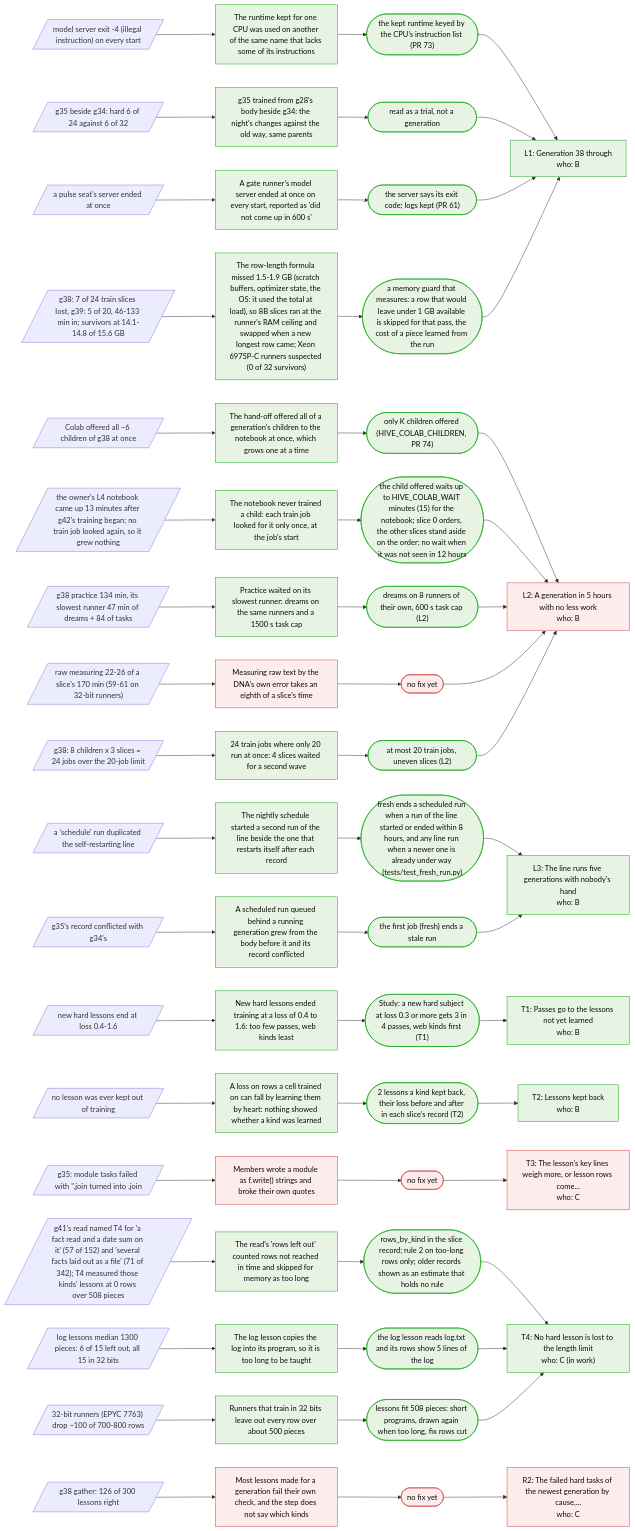
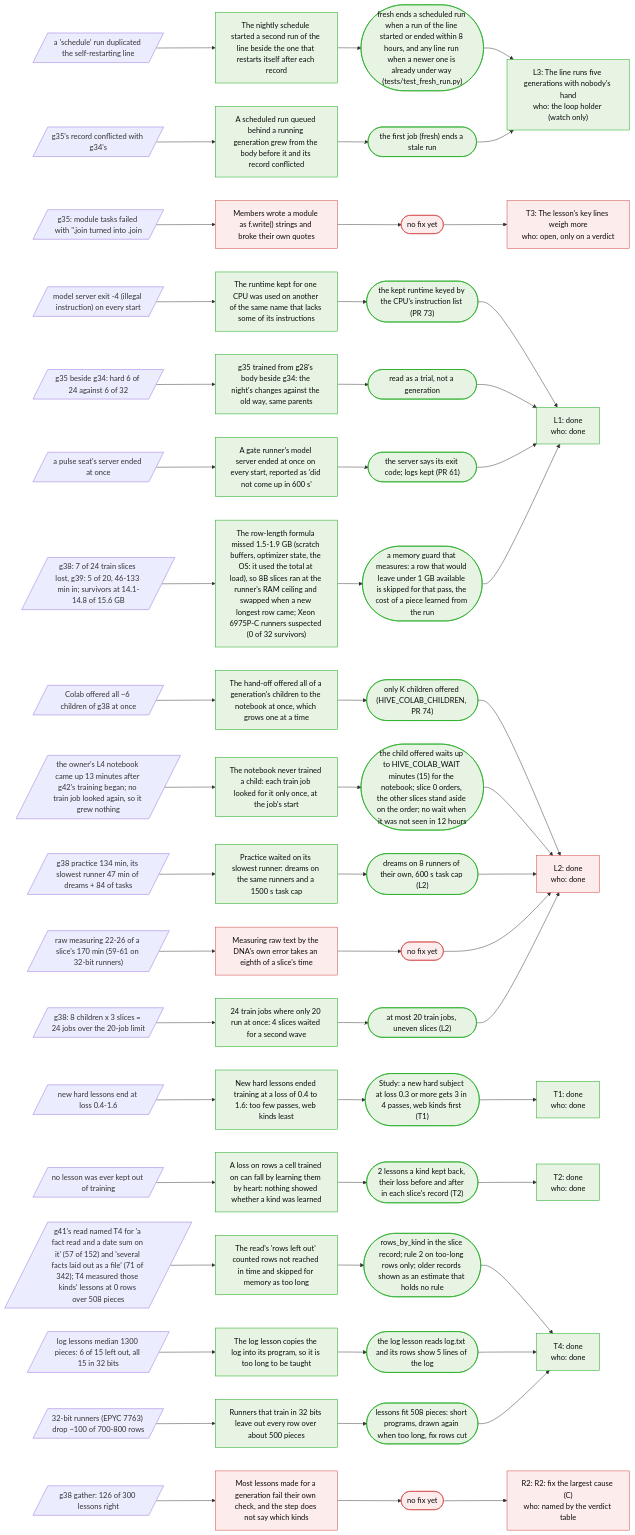
The third of 4 diagrams in docs/KNOWLEDGE.md (Arnav123-s/HiveMIND), drawn with Mermaid before and after one commit. The commit also changed other lines of this file and 9 other files, not shown here.

First line of the commit message:
Gate keeps only after >= before; read skips done pieces and says self-taught rows; failed read shown; nightly backstop apart; one knowledge entry a generation

````diff
--- a/docs/KNOWLEDGE.md
+++ b/docs/KNOWLEDGE.md
@@ -87,13 +87,25 @@
 ```mermaid
 flowchart LR
-  pc_L1["L1: Generation 38 through<br/>who: B"]:::fixed
-  pc_L2["L2: A generation in 5 hours with no less work<br/>who: B"]:::open
-  pc_L3["L3: The line runs five generations with nobody's hand<br/>who: B"]:::fixed
-  pc_T1["T1: Passes go to the lessons not yet learned<br/>who: B"]:::fixed
-  pc_T2["T2: Lessons kept back<br/>who: B"]:::fixed
-  pc_T3["T3: The lesson's key lines weigh more, or lesson rows come...<br/>who: C"]:::open
-  pc_T4["T4: No hard lesson is lost to the length limit<br/>who: C (in work)"]:::fixed
-  pc_R2["R2: The failed hard tasks of the newest generation by cause,...<br/>who: C"]:::open
+  pc_L3["L3: The line runs five generations with nobody's hand<br/>who: the loop holder (watch only)"]:::fixed
+  pc_T3["T3: The lesson's key lines weigh more<br/>who: open, only on a verdict"]:::open
+  pc_L1["L1: done<br/>who: done"]:::fixed
+  pc_L2["L2: done<br/>who: done"]:::open
+  pc_T1["T1: done<br/>who: done"]:::fixed
+  pc_T2["T2: done<br/>who: done"]:::fixed
+  pc_T4["T4: done<br/>who: done"]:::fixed
+  pc_R2["R2: R2: fix the largest cause (C)<br/>who: named by the verdict table"]:::open
+  s_scheduledup[/"a 'schedule' run duplicated the self-restarting line"/]
+  c_scheduledup["The nightly schedule started a second run of the line beside the one that restarts itself after each record"]:::fixed
+  x_scheduledup(["fresh ends a scheduled run when a run of the line started or ended within 8 hours, and any line run when a newer one is already under way (tests/test_fresh_run.py)"]):::fixed
+  s_scheduledup --> c_scheduledup --> x_scheduledup --> pc_L3
+  s_stalebody[/"g35's record conflicted with g34's"/]
+  c_stalebody["A scheduled run queued behind a running generation grew from the body before it and its record conflicted"]:::fixed
+  x_stalebody(["the first job (fresh) ends a stale run"]):::fixed
+  s_stalebody --> c_stalebody --> x_stalebody --> pc_L3
+  s_modulestring[/"g35: module tasks failed with ''.join turned into .join"/]
+  c_modulestring["Members wrote a module as f.write() strings and broke their own quotes"]:::open
+  x_modulestring(["no fix yet"]):::open
+  s_modulestring --> c_modulestring --> x_modulestring --> pc_T3
   s_cpuflags[/"model server exit -4 (illegal instruction) on every start"/]
   c_cpuflags["The runtime kept for one CPU was used on another of the same name that lacks some of its instructions"]:::fixed
   x_cpuflags(["the kept runtime keyed by the CPU's instruction list (PR 73)"]):::fixed
@@ -130,14 +142,6 @@
   c_twowaves["24 train jobs where only 20 run at once: 4 slices waited for a second wave"]:::fixed
   x_twowaves(["at most 20 train jobs, uneven slices (L2)"]):::fixed
   s_twowaves --> c_twowaves --> x_twowaves --> pc_L2
-  s_scheduledup[/"a 'schedule' run duplicated the self-restarting line"/]
-  c_scheduledup["The nightly schedule started a second run of the line beside the one that restarts itself after each record"]:::fixed
-  x_scheduledup(["fresh ends a scheduled run when a run of the line started or ended within 8 hours, and any line run when a newer one is already under way (tests/test_fresh_run.py)"]):::fixed
-  s_scheduledup --> c_scheduledup --> x_scheduledup --> pc_L3
-  s_stalebody[/"g35's record conflicted with g34's"/]
-  c_stalebody["A scheduled run queued behind a running generation grew from the body before it and its record conflicted"]:::fixed
-  x_stalebody(["the first job (fresh) ends a stale run"]):::fixed
-  s_stalebody --> c_stalebody --> x_stalebody --> pc_L3
   s_fewpasses[/"new hard lessons end at loss 0.4-1.6"/]
   c_fewpasses["New hard lessons ended training at a loss of 0.4 to 1.6: too few passes, web kinds least"]:::fixed
   x_fewpasses(["Study: a new hard subject at loss 0.3 or more gets 3 in 4 passes, web kinds first (T1)"]):::fixed
@@ -146,10 +150,6 @@
   c_keptback["A loss on rows a cell trained on can fall by learning them by heart: nothing showed whether a kind was learned"]:::fixed
   x_keptback(["2 lessons a kind kept back, their loss before and after in each slice's record (T2)"]):::fixed
   s_keptback --> c_keptback --> x_keptback --> pc_T2
-  s_modulestring[/"g35: module tasks failed with ''.join turned into .join"/]
-  c_modulestring["Members wrote a module as f.write() strings and broke their own quotes"]:::open
-  x_modulestring(["no fix yet"]):::open
-  s_modulestring --> c_modulestring --> x_modulestring --> pc_T3
   s_leftoutmeasure[/"g41's read named T4 for 'a fact read and a date sum on it' (57 of 152) and 'several facts laid out as a file' (71 of 342); T4 measured those kinds' lessons at 0 rows over 508 pieces"/]
   c_leftoutmeasure["The read's 'rows left out' counted rows not reached in time and skipped for memory as too long"]:::fixed
   x_leftoutmeasure(["rows_by_kind in the slice record; rule 2 on too-long rows only; older records shown as an estimate that holds no rule"]):::fixed
````
